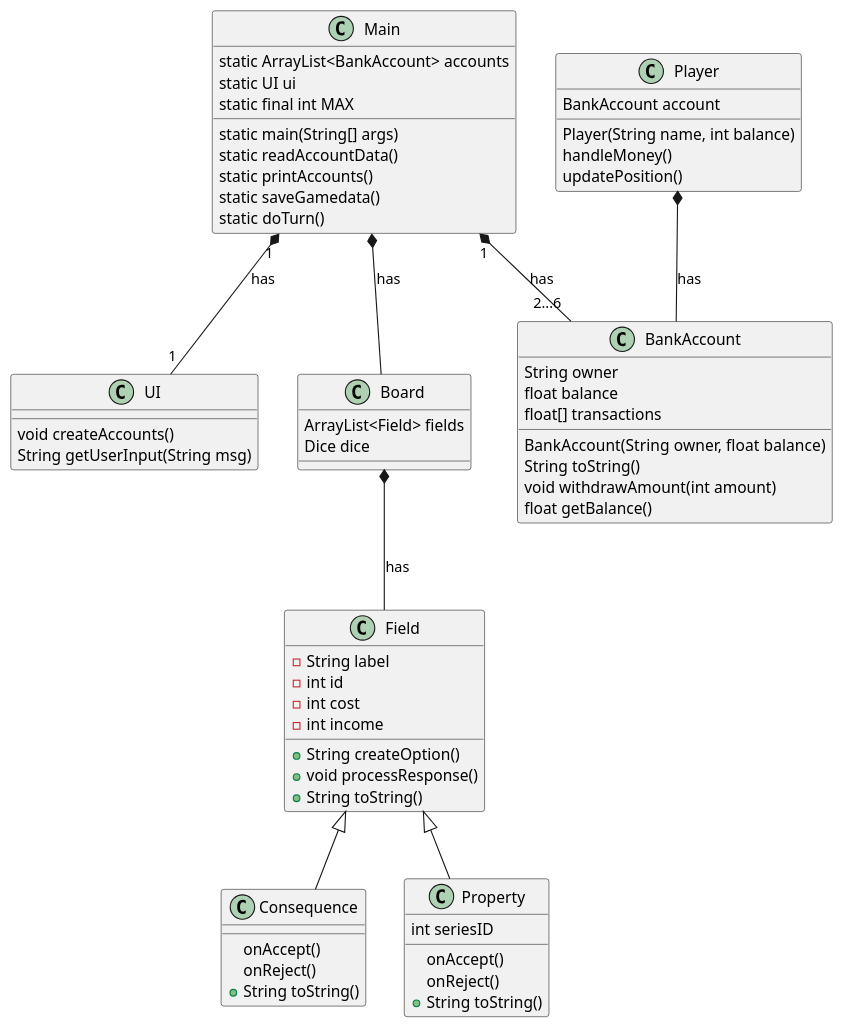
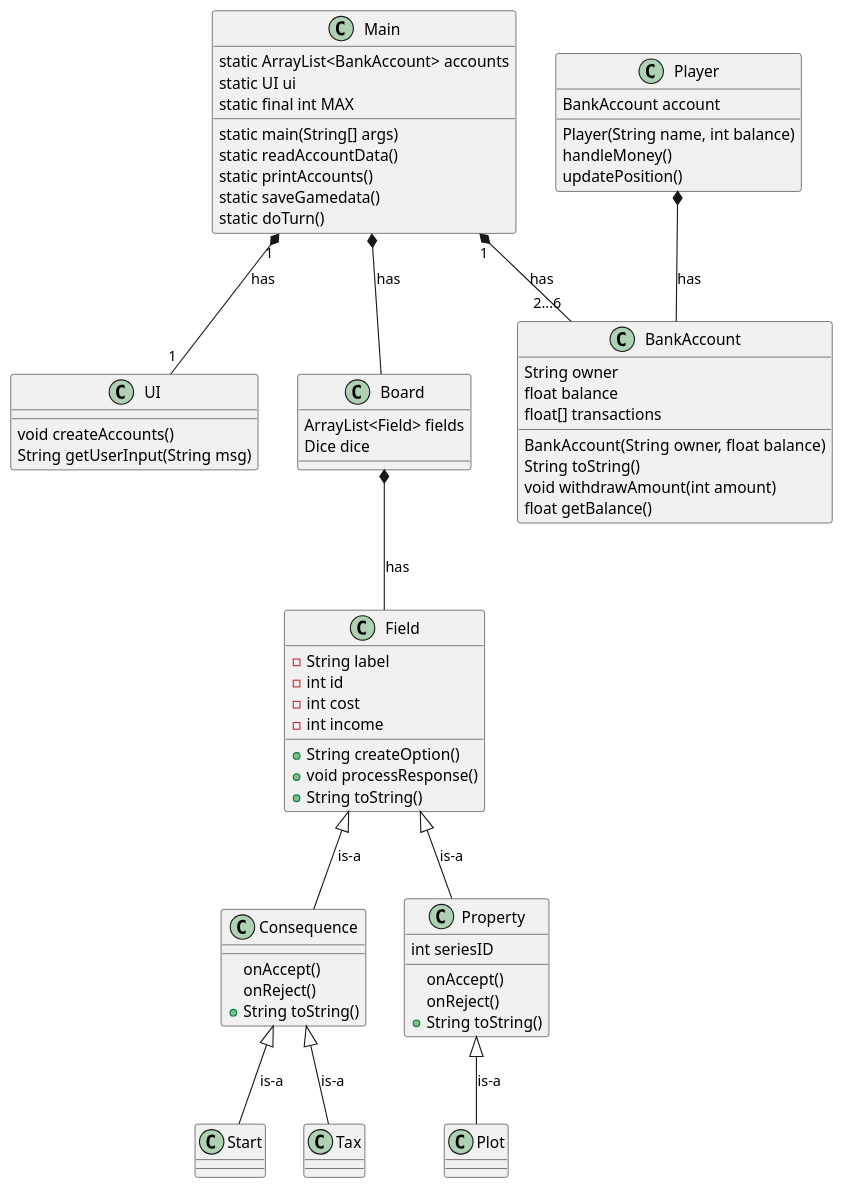
Before and after one commit to tessG/E2021Matador: the diagram in UML/ThisProject.puml, drawn with PlantUML. The commit also changed 14 other files, not shown here.

```diff
--- a/UML/ThisProject.puml
+++ b/UML/ThisProject.puml
@@ -1,58 +1,62 @@
 @startuml
 
 Main "1" *-- "2...6" BankAccount : has
 Main "1" *-- "1" UI : has
 Player *-- BankAccount : has
-Field <|-- Consequence
-Field <|-- Property
+Field <|-- Consequence : is-a
+Field <|-- Property : is-a
 Main *-- Board : has
 Board *-- Field : has
+Consequence <|-- Tax : is-a
+Consequence <|-- Start : is-a
+Property <|-- Plot : is-a
+
 Main : static ArrayList<BankAccount> accounts
 Main : static UI ui
 Main : static final int MAX
 Main : static main(String[] args)
 Main : static readAccountData()
 Main : static printAccounts()
 Main : static saveGamedata()
 Main : static doTurn()
 
 Board : ArrayList<Field> fields
 Board : Dice dice
 
 BankAccount : BankAccount(String owner, float balance)
 BankAccount : String owner
 BankAccount : float balance
 BankAccount : float[] transactions
 
 BankAccount : String toString()
 BankAccount : void withdrawAmount(int amount)
 BankAccount : float getBalance()
 
 UI : void createAccounts()
 UI : String getUserInput(String msg)
 
 Field : - String label
 Field : - int id
 Field : - int cost
 Field : - int income
 Field : + String createOption()
 Field : + void processResponse()
 Field : + String toString()
 
 Property : int seriesID
 Property : onAccept()
 Property : onReject()
 Property : + String toString()
 
 
 
 Consequence : onAccept()
 Consequence : onReject()
 Consequence : + String toString()
 
 Player : BankAccount account
 Player : Player(String name, int balance)
 Player : handleMoney()
 Player : updatePosition()
 
 @enduml
```
